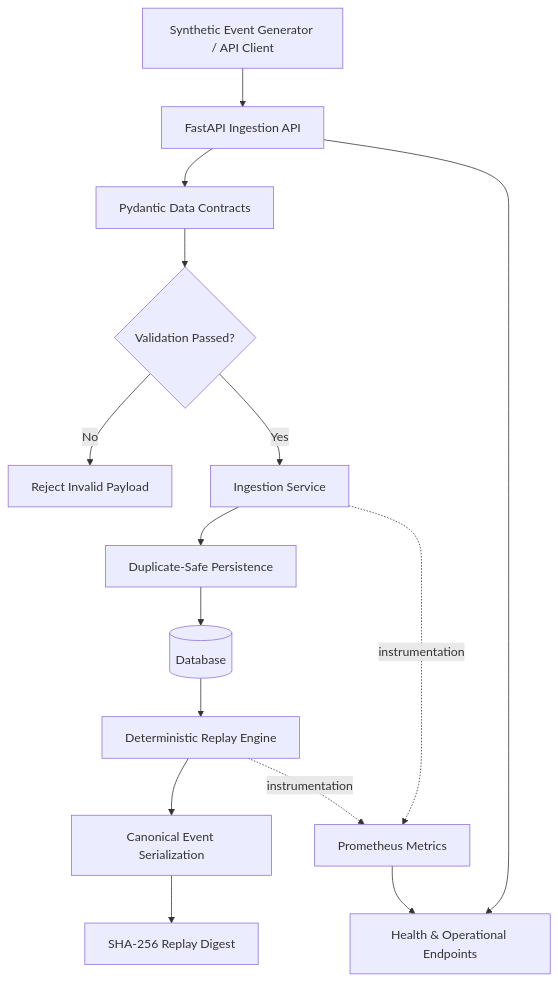
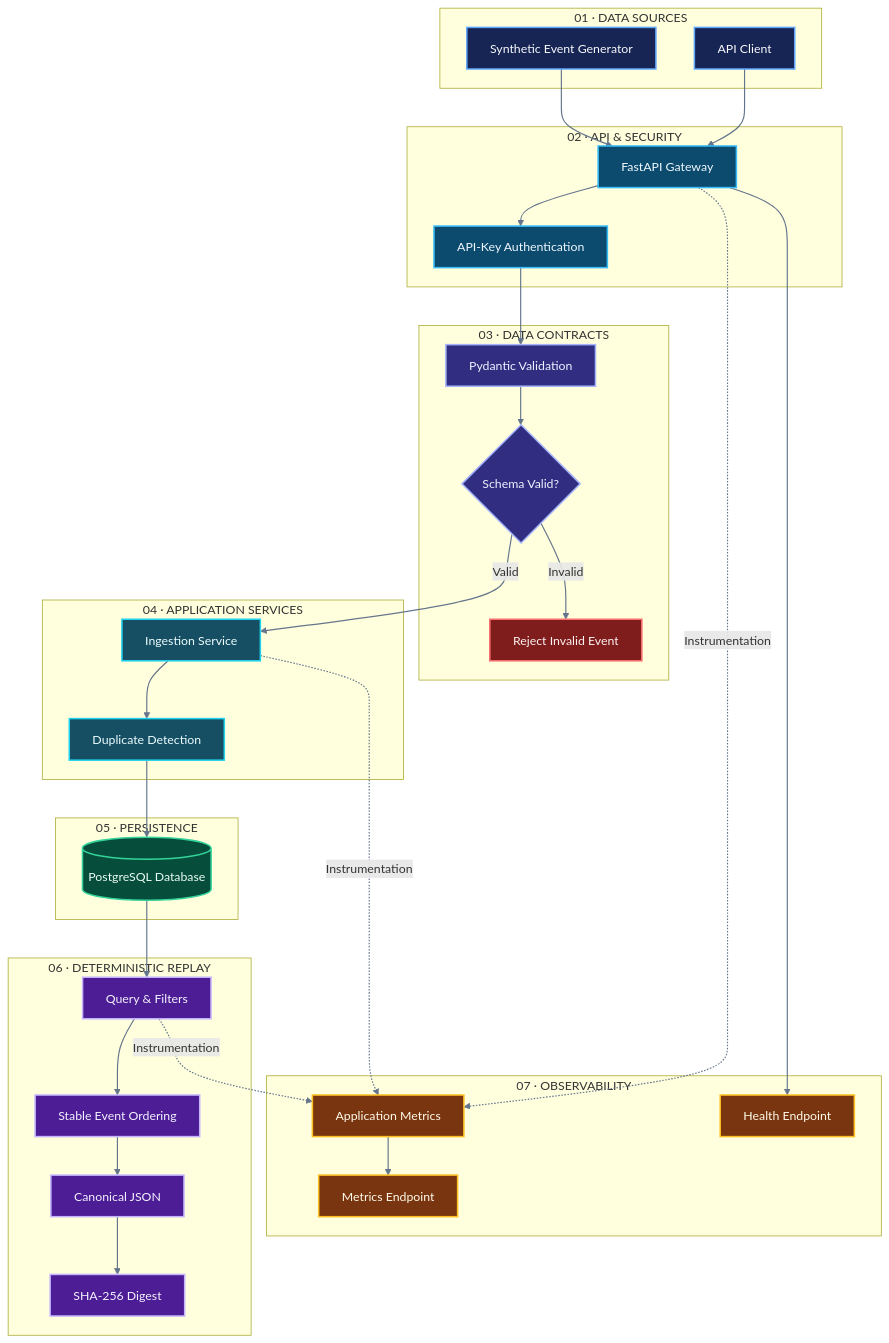
One commit to akankshad1712/marketflow-data-pipeline changed the first of 3 diagrams in README.md. Above: the diagram before and after it, drawn with Mermaid. The commit also changed other lines of this file, not shown here.

````diff
--- a/README.md
+++ b/README.md
@@ -68,31 +102,85 @@
 ```mermaid
 flowchart TB
-    A["Synthetic Event Generator / API Client"]
-    B["FastAPI Ingestion API"]
-    C["Pydantic Data Contracts"]
-    D{"Validation Passed?"}
-    E["Reject Invalid Payload"]
-    F["Ingestion Service"]
-    G[("Database")]
-    H["Duplicate-Safe Persistence"]
-    I["Deterministic Replay Engine"]
-    J["Canonical Event Serialization"]
-    K["SHA-256 Replay Digest"]
-    L["Prometheus Metrics"]
-    M["Health & Operational Endpoints"]
 
-    A --> B
+    subgraph INPUT["01 · DATA SOURCES"]
+        A["Synthetic Event Generator"]
+        B["API Client"]
+    end
+
+    subgraph API["02 · API & SECURITY"]
+        C["FastAPI Gateway"]
+        D["API-Key Authentication"]
+    end
+
+    subgraph VALIDATION["03 · DATA CONTRACTS"]
+        E["Pydantic Validation"]
+        F{"Schema Valid?"}
+        G["Reject Invalid Event"]
+    end
+
+    subgraph PROCESSING["04 · APPLICATION SERVICES"]
+        H["Ingestion Service"]
+        I["Duplicate Detection"]
+    end
+
+    subgraph STORAGE["05 · PERSISTENCE"]
+        J[("PostgreSQL Database")]
+    end
+
+    subgraph REPLAY["06 · DETERMINISTIC REPLAY"]
+        K["Query & Filters"]
+        L["Stable Event Ordering"]
+        M["Canonical JSON"]
+        N["SHA-256 Digest"]
+    end
+
+    subgraph MONITORING["07 · OBSERVABILITY"]
+        O["Application Metrics"]
+        P["Health Endpoint"]
+        Q["Metrics Endpoint"]
+    end
+
+    A --> C
     B --> C
     C --> D
-    D -- No --> E
-    D -- Yes --> F
-    F --> H
-    H --> G
-    G --> I
+    D --> E
+    E --> F
+
+    F -- Valid --> H
+    F -- Invalid --> G
+
+    H --> I
     I --> J
+
     J --> K
-    F -. instrumentation .-> L
-    I -. instrumentation .-> L
-    B --> M
+    K --> L
     L --> M
+    M --> N
+
+    C -. Instrumentation .-> O
+    H -. Instrumentation .-> O
+    K -. Instrumentation .-> O
+
+    C --> P
+    O --> Q
+
+    classDef input fill:#172554,stroke:#60A5FA,color:#F8FAFC,stroke-width:2px
+    classDef api fill:#0C4A6E,stroke:#38BDF8,color:#F0F9FF,stroke-width:2px
+    classDef validation fill:#312E81,stroke:#A5B4FC,color:#EEF2FF,stroke-width:2px
+    classDef processing fill:#164E63,stroke:#22D3EE,color:#ECFEFF,stroke-width:2px
+    classDef storage fill:#064E3B,stroke:#34D399,color:#ECFDF5,stroke-width:2px
+    classDef replay fill:#4C1D95,stroke:#C4B5FD,color:#F5F3FF,stroke-width:2px
+    classDef monitoring fill:#78350F,stroke:#FBBF24,color:#FFFBEB,stroke-width:2px
+    classDef rejected fill:#7F1D1D,stroke:#F87171,color:#FEF2F2,stroke-width:2px
+
+    class A,B input
+    class C,D api
+    class E,F validation
+    class G rejected
+    class H,I processing
+    class J storage
+    class K,L,M,N replay
+    class O,P,Q monitoring
+
+    linkStyle default stroke:#64748B,stroke-width:1.5px
 ```
````
